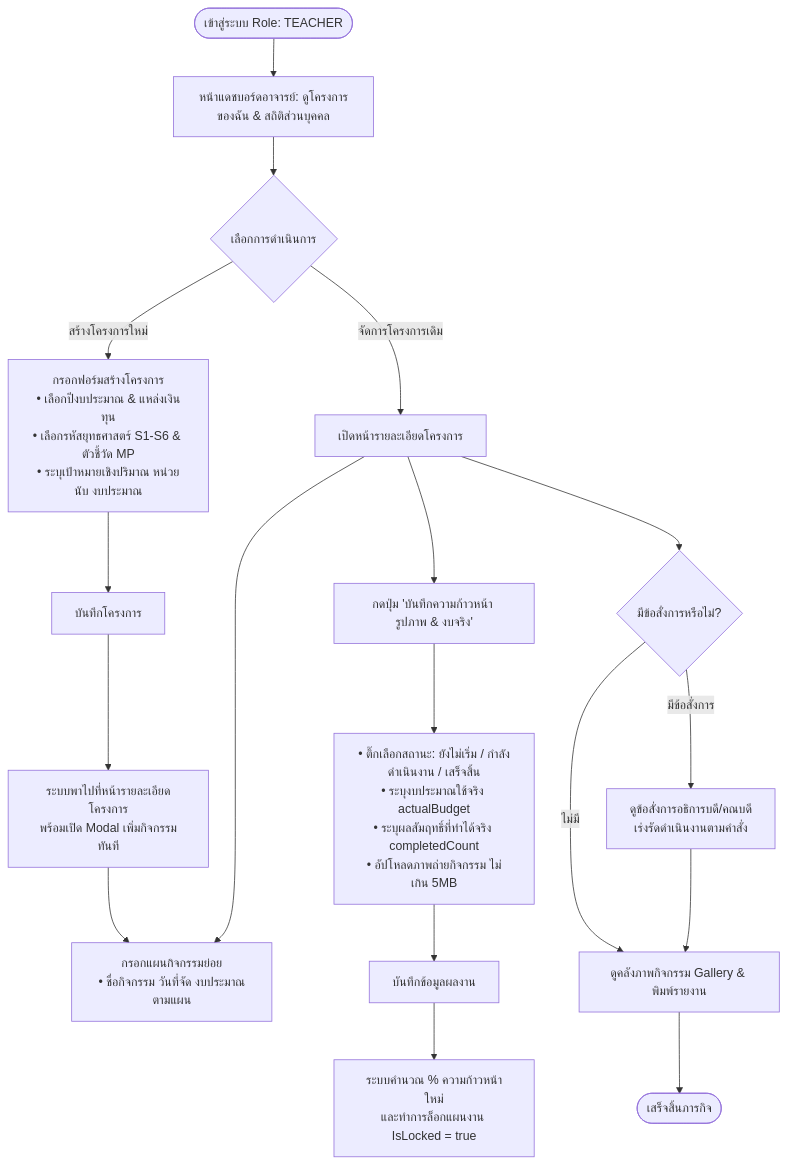
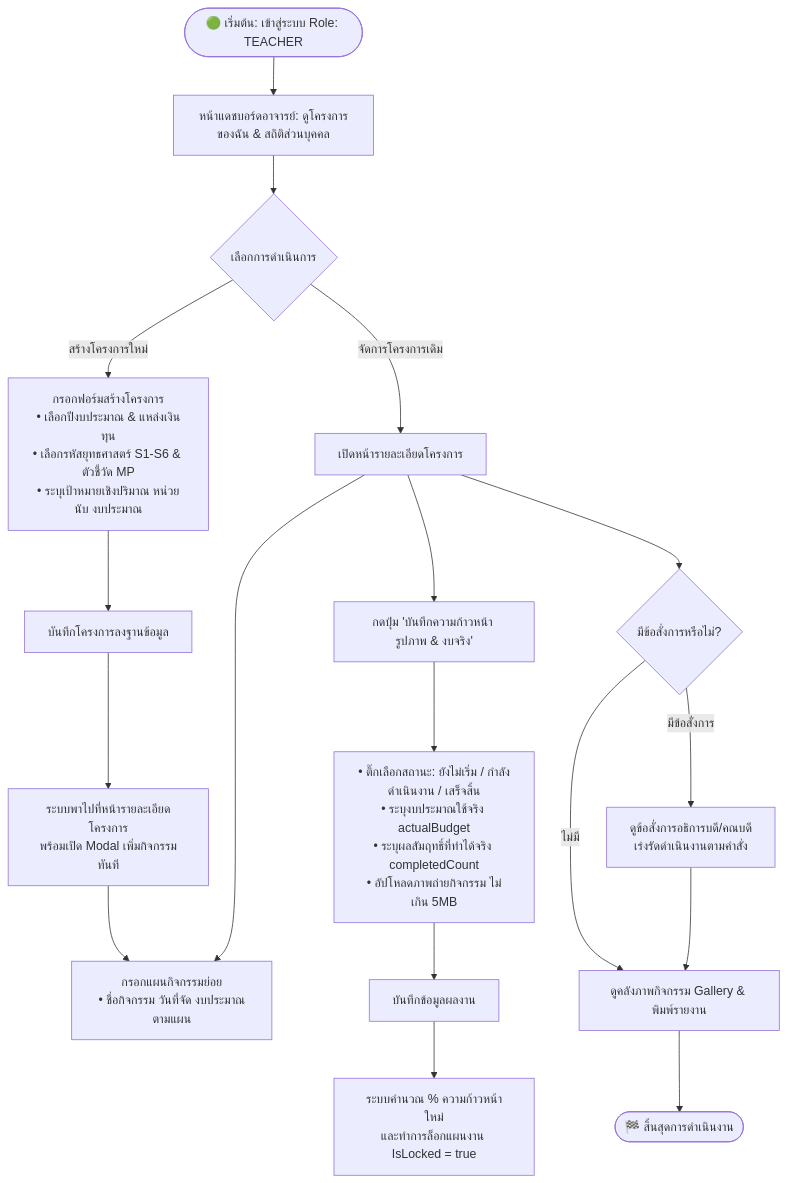
Before and after one commit to teeraphonn/bru-strategic-tracking: the second of 7 diagrams in flowchart.md, drawn with Mermaid. The commit also changed other lines of this file, not shown here.

Commit message:
Docs(SA): Refine system flowchart with explicit start-end nodes, database storage, and linear flow

````diff
--- a/flowchart.md
+++ b/flowchart.md
@@ -131,32 +151,32 @@
 ```mermaid
 flowchart TD
-    T_Start([เข้าสู่ระบบ Role: TEACHER]) --> T_Dash[หน้าแดชบอร์ดอาจารย์: ดูโครงการของฉัน & สถิติส่วนบุคคล]
+    T_Start([🟢 เริ่มต้น: เข้าสู่ระบบ Role: TEACHER]) --> T_Dash[หน้าแดชบอร์ดอาจารย์: ดูโครงการของฉัน & สถิติส่วนบุคคล]
     
     T_Dash --> T_Choice{เลือกการดำเนินการ}
     
     %% Create Project
     T_Choice -->|สร้างโครงการใหม่| T_Form[กรอกฟอร์มสร้างโครงการ<br/>• เลือกปีงบประมาณ & แหล่งเงินทุน<br/>• เลือกรหัสยุทธศาสตร์ S1-S6 & ตัวชี้วัด MP<br/>• ระบุเป้าหมายเชิงปริมาณ หน่วยนับ งบประมาณ]
-    T_Form --> T_SaveProj[บันทึกโครงการ]
+    T_Form --> T_SaveProj[บันทึกโครงการลงฐานข้อมูล]
     T_SaveProj --> T_Redirect[ระบบพาไปที่หน้ารายละเอียดโครงการ<br/>พร้อมเปิด Modal เพิ่มกิจกรรมทันที]
     
     %% Add Activities
     T_Redirect --> T_AddAct[กรอกแผนกิจกรรมย่อย<br/>• ชื่อกิจกรรม วันที่จัด งบประมาณตามแผน]
     T_Choice -->|จัดการโครงการเดิม| T_ProjDetail[เปิดหน้ารายละเอียดโครงการ]
     T_ProjDetail --> T_AddAct
     
     %% Record Progress
     T_ProjDetail --> T_ProgressModal[กดปุ่ม 'บันทึกความก้าวหน้า รูปภาพ & งบจริง']
     T_ProgressModal --> T_InputProgress[• ติ๊กเลือกสถานะ: ยังไม่เริ่ม / กำลังดำเนินงาน / เสร็จสิ้น<br/>• ระบุงบประมาณใช้จริง actualBudget<br/>• ระบุผลสัมฤทธิ์ที่ทำได้จริง completedCount<br/>• อัปโหลดภาพถ่ายกิจกรรม ไม่เกิน 5MB]
     T_InputProgress --> T_SaveProgress[บันทึกข้อมูลผลงาน]
     
     %% Lock & Calculate
     T_SaveProgress --> T_SysUpdate[ระบบคำนวณ % ความก้าวหน้าใหม่<br/>และทำการล็อกแผนงาน IsLocked = true]
     
     %% Directives
     T_ProjDetail --> T_CheckDirectives{มีข้อสั่งการหรือไม่?}
     T_CheckDirectives -->|มีข้อสั่งการ| T_ViewDirective[ดูข้อสั่งการอธิการบดี/คณบดี<br/>เร่งรัดดำเนินงานตามคำสั่ง]
     T_CheckDirectives -->|ไม่มี| T_Gallery[ดูคลังภาพกิจกรรม Gallery & พิมพ์รายงาน]
     T_ViewDirective --> T_Gallery
     
-    T_Gallery --> T_End([เสร็จสิ้นภารกิจ])
+    T_Gallery --> T_End([🏁 สิ้นสุดการดำเนินงาน])
 ```
````
